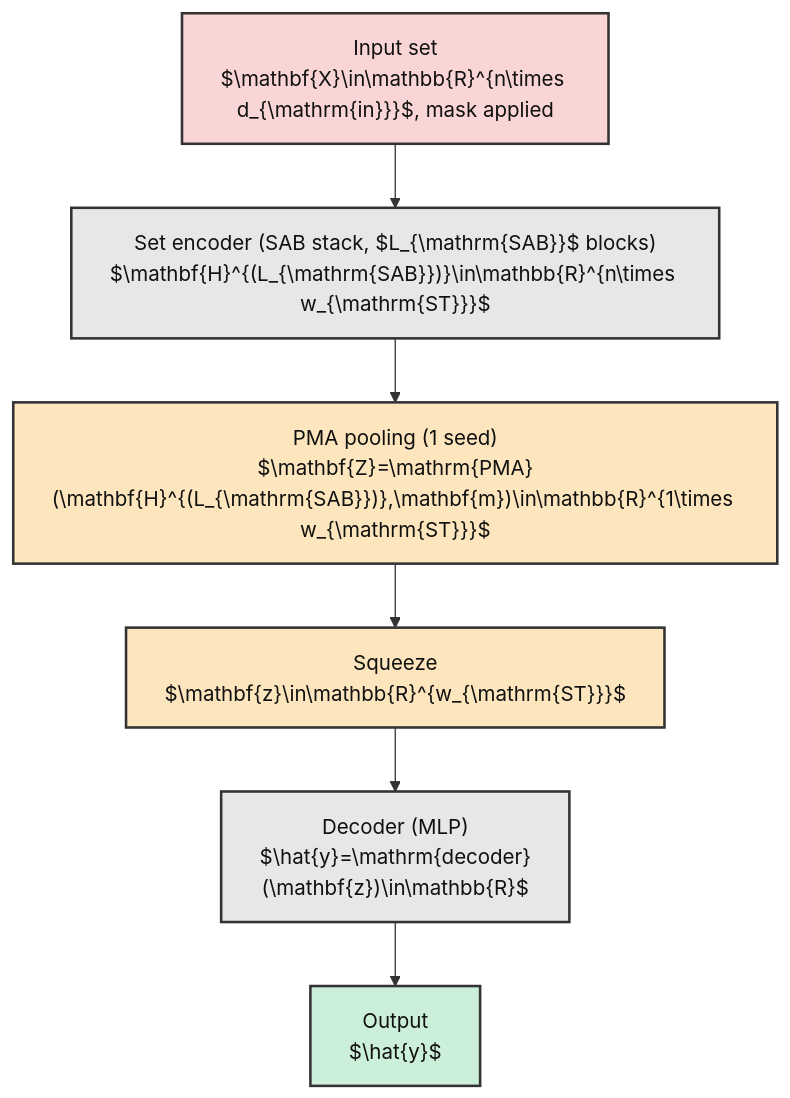
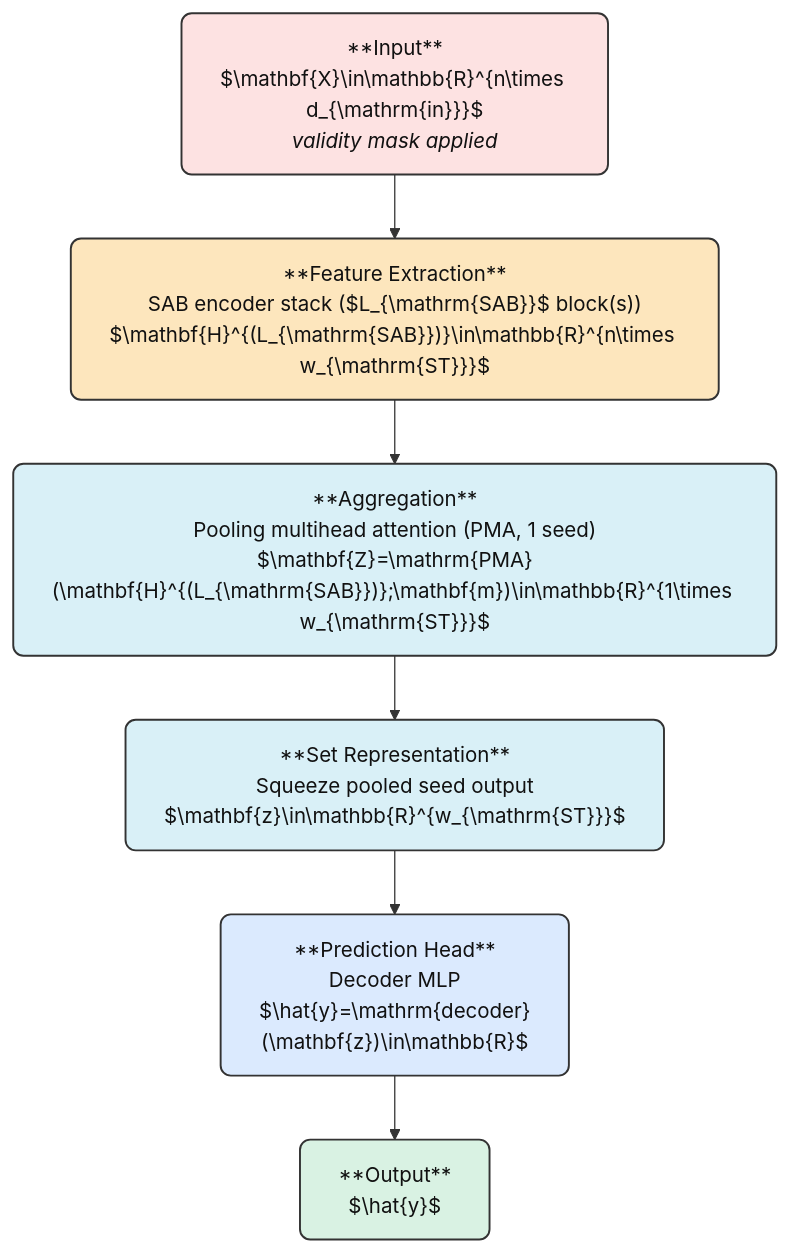
Before and after one commit to fengshun124/NBODY6-machine-learning: the third of 3 diagrams in README.md, drawn with Mermaid. The commit also changed other lines of this file and 2 other files, not shown here.

````diff
--- a/README.md
+++ b/README.md
@@ -206,20 +212,21 @@
 ```mermaid
 flowchart TB
-    A["Input set<br/>$\mathbf{X}\in\mathbb{R}^{n\times d_{\mathrm{in}}}$, mask applied"] --> B["Set encoder (SAB stack, $L_{\mathrm{SAB}}$ blocks)<br/>$\mathbf{H}^{(L_{\mathrm{SAB}})}\in\mathbb{R}^{n\times w_{\mathrm{ST}}}$"]
-    B --> C["PMA pooling (1 seed)<br/>$\mathbf{Z}=\mathrm{PMA}(\mathbf{H}^{(L_{\mathrm{SAB}})},\mathbf{m})\in\mathbb{R}^{1\times w_{\mathrm{ST}}}$"]
-    C --> D["Squeeze<br/>$\mathbf{z}\in\mathbb{R}^{w_{\mathrm{ST}}}$"]
-    D --> E["Decoder (MLP)<br/>$\hat{y}=\mathrm{decoder}(\mathbf{z})\in\mathbb{R}$"]
-    E --> F["Output<br/>$\hat{y}$"]
+    A["**Input**<br/>$\mathbf{X}\in\mathbb{R}^{n\times d_{\mathrm{in}}}$<br/><i>validity mask applied</i>"] --> B["**Feature Extraction**<br/>SAB encoder stack ($L_{\mathrm{SAB}}$ block(s))<br/>$\mathbf{H}^{(L_{\mathrm{SAB}})}\in\mathbb{R}^{n\times w_{\mathrm{ST}}}$"]
+    B --> C["**Aggregation**<br/>Pooling multihead attention (PMA, 1 seed)<br/>$\mathbf{Z}=\mathrm{PMA}(\mathbf{H}^{(L_{\mathrm{SAB}})};\mathbf{m})\in\mathbb{R}^{1\times w_{\mathrm{ST}}}$"]
+    C --> D["**Set Representation**<br/>Squeeze pooled seed output<br/>$\mathbf{z}\in\mathbb{R}^{w_{\mathrm{ST}}}$"]
+    D --> E["**Prediction Head**<br/>Decoder MLP<br/>$\hat{y}=\mathrm{decoder}(\mathbf{z})\in\mathbb{R}$"]
+    E --> F["**Output**<br/>$\hat{y}$"]
 
-    classDef input fill:#f9d6d5,stroke:#333,stroke-width:2px,color:#111;
-    classDef process fill:#e7e7e7,stroke:#333,stroke-width:2px,color:#111;
-    classDef intrinsic fill:#fde6bd,stroke:#333,stroke-width:2px,color:#111;
-    classDef output fill:#ccefd9,stroke:#333,stroke-width:2px,color:#111;
+    classDef input fill:#fde2e2,stroke:#333,stroke-width:1.5px,color:#111,rx:8,ry:8;
+    classDef feature fill:#fde6bd,stroke:#333,stroke-width:1.5px,color:#111,rx:8,ry:8;
+    classDef aggregate fill:#d9f0f7,stroke:#333,stroke-width:1.5px,color:#111,rx:8,ry:8;
+    classDef head fill:#dbeafe,stroke:#333,stroke-width:1.5px,color:#111,rx:8,ry:8;
+    classDef output fill:#d9f2e3,stroke:#333,stroke-width:1.5px,color:#111,rx:8,ry:8;
 
     class A input;
-    class B process;
-    class C intrinsic;
-    class D intrinsic;
-    class E process;
+    class B feature;
+    class C aggregate;
+    class D aggregate;
+    class E head;
     class F output;
 ```
````
